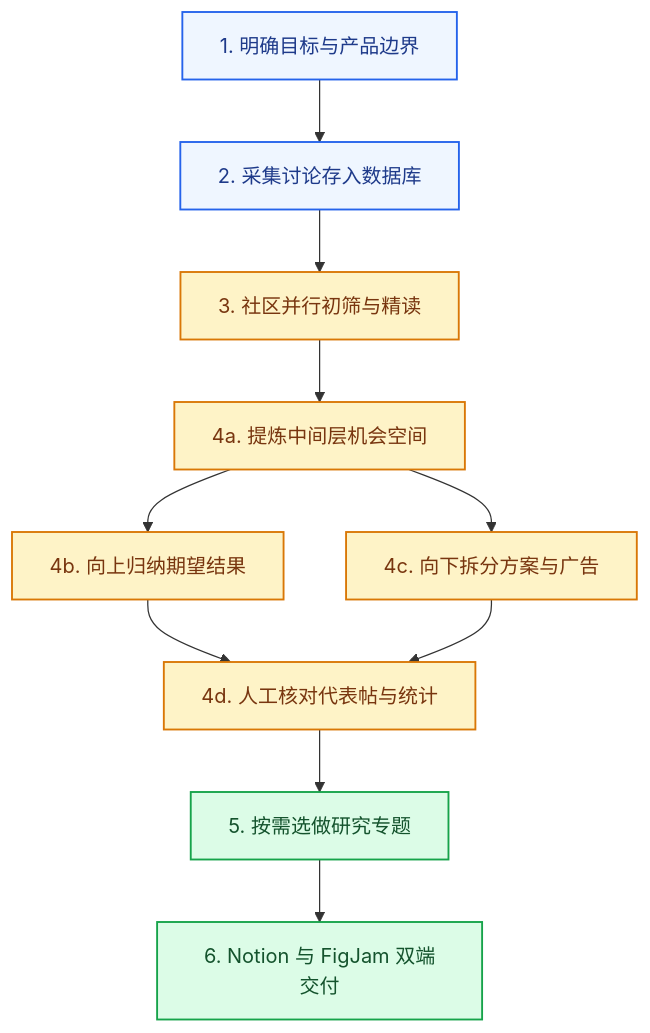
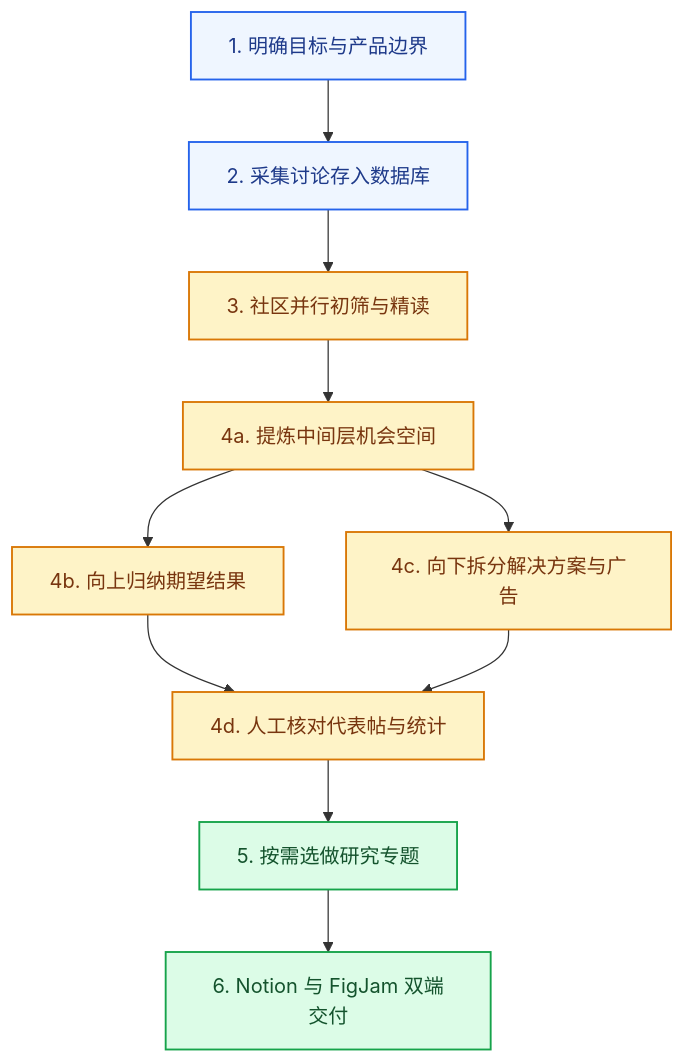
Before and after one commit to ezra-y/reddit-ad-workflow-skills: the second of 6 diagrams in README.md, drawn with Mermaid.

Commit message:
docs: use full term 解决方案 in step 4c of flowchart

````diff
--- a/README.md
+++ b/README.md
@@ -45,19 +45,19 @@
 ```mermaid
 flowchart TD
     A1["1. 明确目标与产品边界"] --> A2["2. 采集讨论存入数据库"]
     A2 --> B1["3. 社区并行初筛与精读"]
     B1 --> B2["4a. 提炼中间层机会空间"]
     B2 --> B3["4b. 向上归纳期望结果"]
-    B2 --> B4["4c. 向下拆分方案与广告"]
+    B2 --> B4["4c. 向下拆分解决方案与广告"]
     B3 --> B5["4d. 人工核对代表帖与统计"]
     B4 --> B5
     B5 --> C1["5. 按需选做研究专题"]
     C1 --> C2["6. Notion 与 FigJam 双端交付"]
 
     classDef phaseA fill:#EFF6FF,stroke:#2563EB,stroke-width:1.5px,color:#1E3A8A
     classDef phaseB fill:#FEF3C7,stroke:#D97706,stroke-width:1.5px,color:#78350F
     classDef phaseC fill:#DCFCE7,stroke:#16A34A,stroke-width:1.5px,color:#14532D
     class A1,A2 phaseA
     class B1,B2,B3,B4,B5 phaseB
     class C1,C2 phaseC
 ```
````
